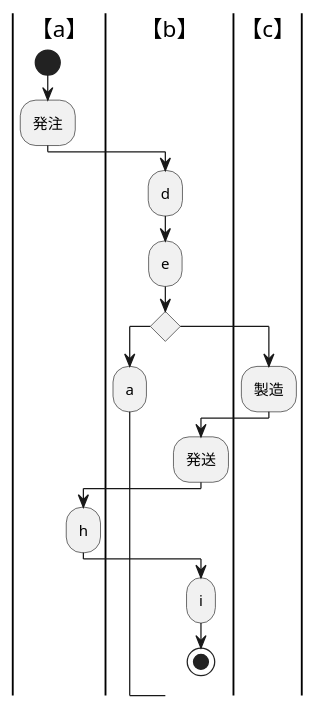
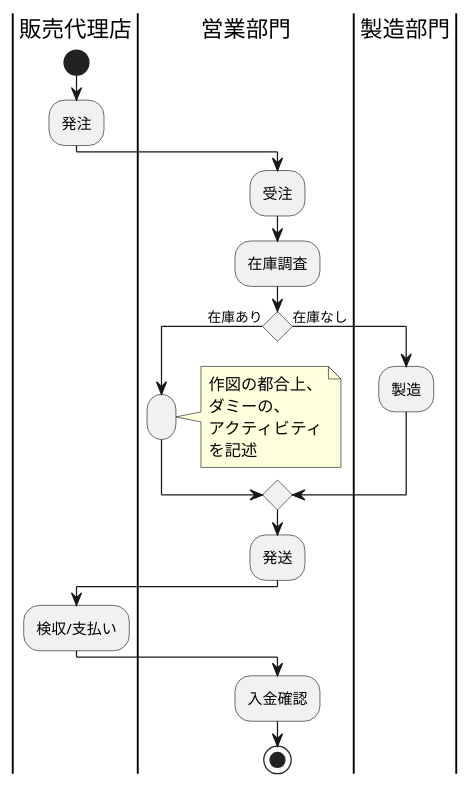
Before and after one commit to s-takaki22/uml-introduction: the diagram in 演習7-2_AC_製品を製造するアクティビティ図.pu, drawn with PlantUML. The commit also changed 13 other files, not shown here.

```diff
--- a/演習7-2_AC_製品を製造するアクティビティ図.pu
+++ b/演習7-2_AC_製品を製造するアクティビティ図.pu
@@ -1,30 +1,32 @@
-@startuml
-|【a】|
-|【b】|
-|【c】|
+@startuml 7-2
+|販売代理店|
+|営業部門|
+|製造部門|
 
-|【a】|
+|販売代理店|
 start
 :発注;
-|【b】|
-:d;
-:e;
-|【b】|
-if () then
-:a;
-else
-|【c】|
+|営業部門|
+:受注;
+:在庫調査;
+|営業部門|
+if () then (在庫あり)
+:;
+note right
+作図の都合上、
+ダミーの、
+アクティビティ
+を記述
+endnote
+else (在庫なし)
+|製造部門|
 :製造;
-
-|【c】|
-|【b】|
+endif
+|営業部門|
 :発送;
-|【b】|
-|【a】|
-:h;
-|【a】|
-|【b】|
-:i;
-|【b】|
+|販売代理店|
+:検収/支払い;
+|営業部門|
+:入金確認;
 stop
 @enduml
```
